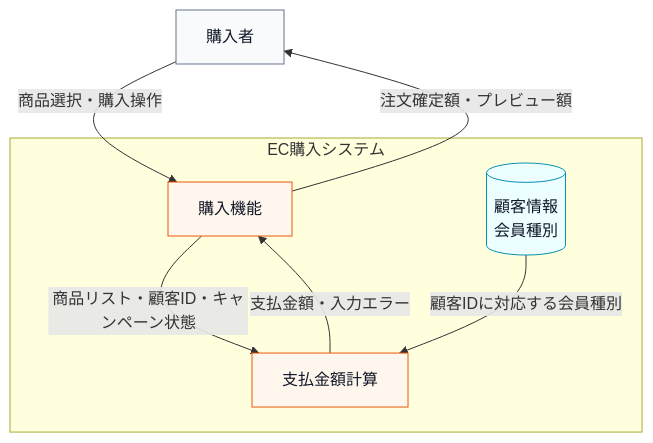
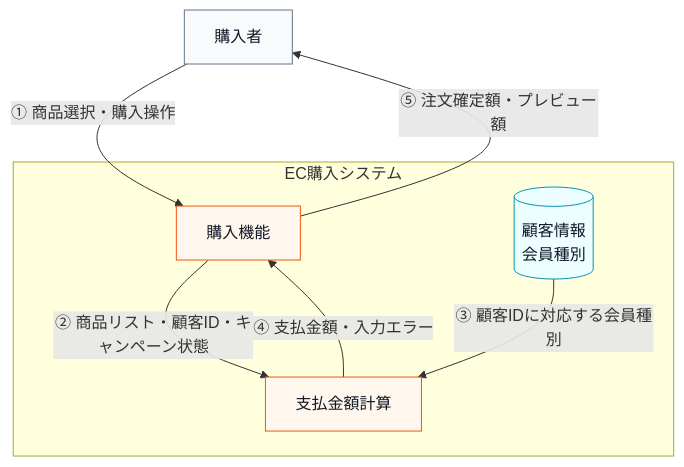
Before and after one commit to kumachan1101-pixel/DesignPattern: the first of 18 diagrams in kindle/design-patterns/books/volume01-core-patterns/output/03-chapter01.md, drawn with Mermaid. The commit also changed other lines of this file and 17 other files, not shown here.

````diff
--- a/kindle/design-patterns/books/volume01-core-patterns/output/03-chapter01.md
+++ b/kindle/design-patterns/books/volume01-core-patterns/output/03-chapter01.md
@@ -149,22 +152,22 @@
 ```mermaid
 flowchart TB
-    U["購入者"] -->|"商品選択・購入操作"| EC
+    U["購入者"] -->|"① 商品選択・購入操作"| EC
 
     subgraph SHOP["EC購入システム"]
         EC["購入機能"]
         S["支払金額計算"]
         D[("顧客情報<br>会員種別")]
-        EC -->|"商品リスト・顧客ID・キャンペーン状態"| S
-        D -->|"顧客IDに対応する会員種別"| S
-        S -->|"支払金額・入力エラー"| EC
+        EC -->|"② 商品リスト・顧客ID・キャンペーン状態"| S
+        D -->|"③ 顧客IDに対応する会員種別"| S
+        S -->|"④ 支払金額・入力エラー"| EC
     end
 
-    EC -->|"注文確定額・プレビュー額"| U
+    EC -->|"⑤ 注文確定額・プレビュー額"| U
 
     classDef actor fill:#f8fafc,stroke:#64748b,color:#111827;
     classDef system fill:#fff7ed,stroke:#ea580c,color:#111827;
     classDef data fill:#ecfeff,stroke:#0891b2,color:#111827;
     class U actor;
     class EC,S system;
     class D data;
 ```
````
